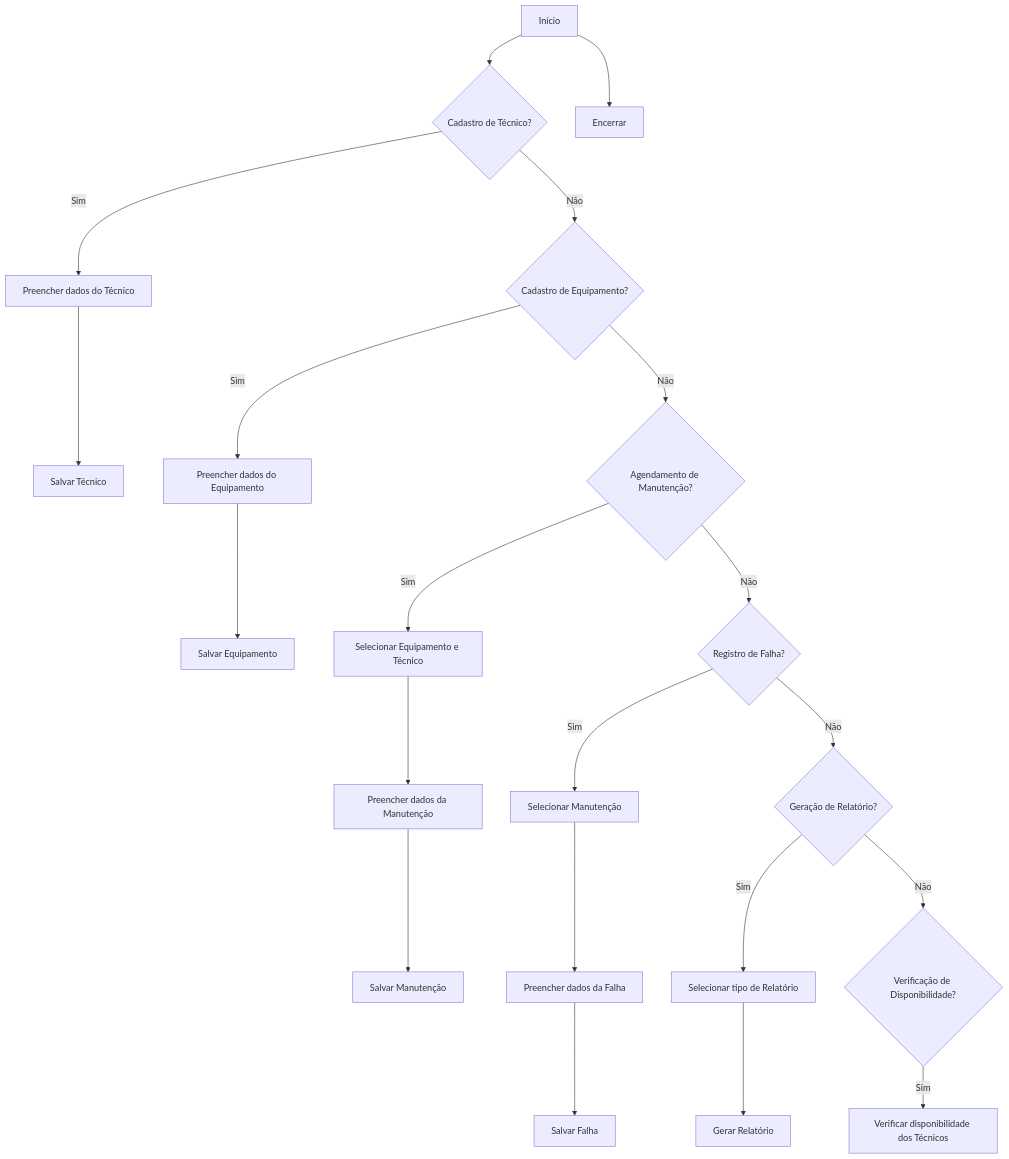
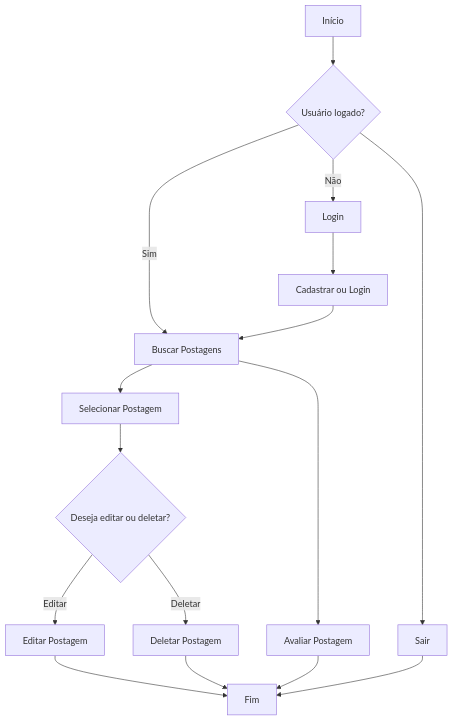
Before and after one commit to kauanysc16/blog-nodejs: the third of 3 diagrams in README.md, drawn with Mermaid. The commit also changed other lines of this file, not shown here.

````diff
--- a/README.md
+++ b/README.md
@@ -131,25 +171,21 @@
 ```mermaid
-flowchart TD
-    A[Início] --> B{Cadastro de Técnico?}
-    B -- Sim --> C[Preencher dados do Técnico]
-    C --> D[Salvar Técnico]
-    B -- Não --> E{Cadastro de Equipamento?}
-    E -- Sim --> F[Preencher dados do Equipamento]
-    F --> G[Salvar Equipamento]
-    E -- Não --> H{Agendamento de Manutenção?}
-    H -- Sim --> I[Selecionar Equipamento e Técnico]
-    I --> J[Preencher dados da Manutenção]
-    J --> K[Salvar Manutenção]
-    H -- Não --> L{Registro de Falha?}
-    L -- Sim --> M[Selecionar Manutenção]
-    M --> N[Preencher dados da Falha]
-    N --> O[Salvar Falha]
-    L -- Não --> P{Geração de Relatório?}
-    P -- Sim --> Q[Selecionar tipo de Relatório]
-    Q --> R[Gerar Relatório]
-    P -- Não --> S{Verificação de Disponibilidade?}
-    S -- Sim --> T[Verificar disponibilidade dos Técnicos]
-    A --> U[Encerrar]
+   flowchart TD
+    A[Início] --> B{Usuário logado?}
+    B -- Sim --> C[Buscar Postagens]
+    B -- Não --> D[Login]
+    D --> E[Cadastrar ou Login]
+    E --> C
+    C --> F[Selecionar Postagem]
+    F --> G{Deseja editar ou deletar?}
+    G -- Editar --> H[Editar Postagem]
+    G -- Deletar --> I[Deletar Postagem]
+    H --> J[Fim]
+    I --> J
 
+    C --> K[Avaliar Postagem]
+    K --> J
+
+    B --> L[Sair]
+    L --> J
 
 ```
````
